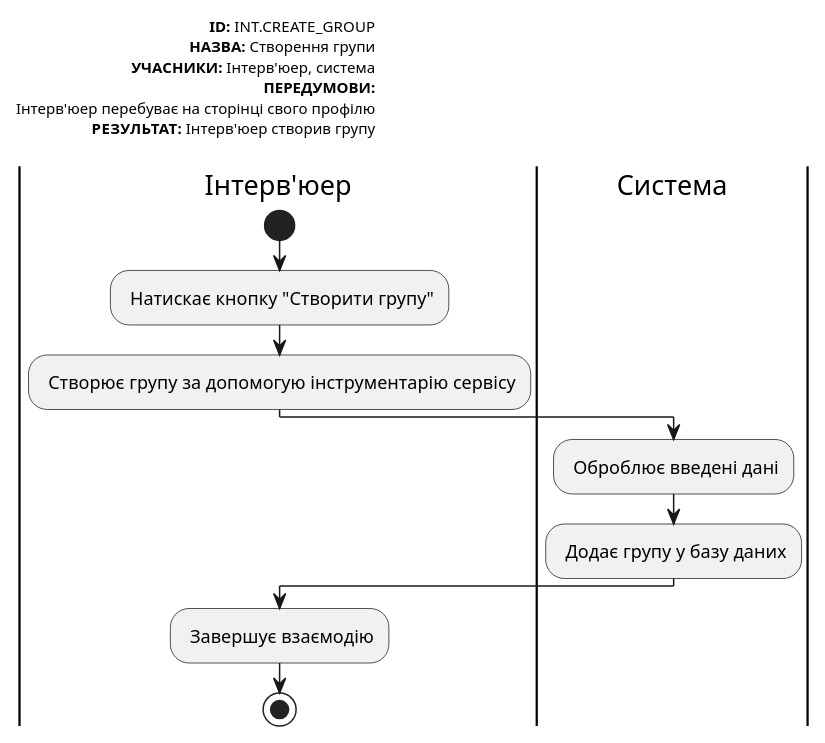
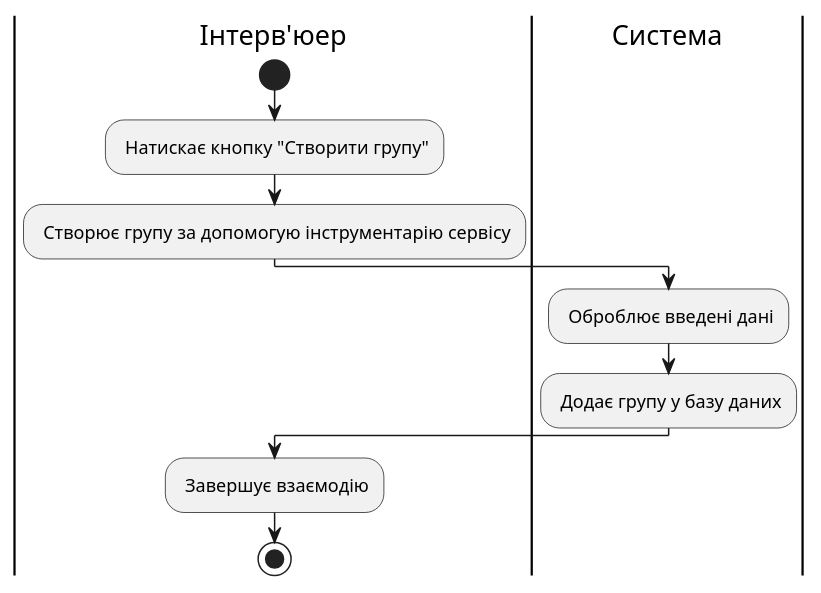
Diagram 14 of 22 in docs/use cases/README.md (michigang1/ImForms), drawn with PlantUML before and after one commit. The commit also changed other lines of this file, not shown here.

```diff
--- a/docs/use cases/README.md
+++ b/docs/use cases/README.md
@@ -458,25 +481,16 @@
 @startuml
-left header
-<font color=000 size=10><b>ID:</b> INT.CREATE_GROUP
-<font color=000 size=10><b>НАЗВА:</b> Створення групи
-<font color=000 size=10><b>УЧАСНИКИ:</b> Інтерв'юер, система  
-<font color=000 size=10><b>ПЕРЕДУМОВИ:</b>
-<font color=000 size=10> Інтерв'юер перебуває на сторінці свого профілю
-<font color=000 size=10><b>РЕЗУЛЬТАТ:</b> Інтерв'юер створив групу
-
-end header
 
 |Інтерв'юер|
 start
 : Натискає кнопку "Створити групу";
 : Cтворює групу за допомогую інструментарію сервісу;
 
 |Система|
 : Оброблює введені дані;
 
         : Додає групу у базу даних;
 
 |Інтерв'юер|
 : Завершує взаємодію;
 stop;
 @enduml
```
